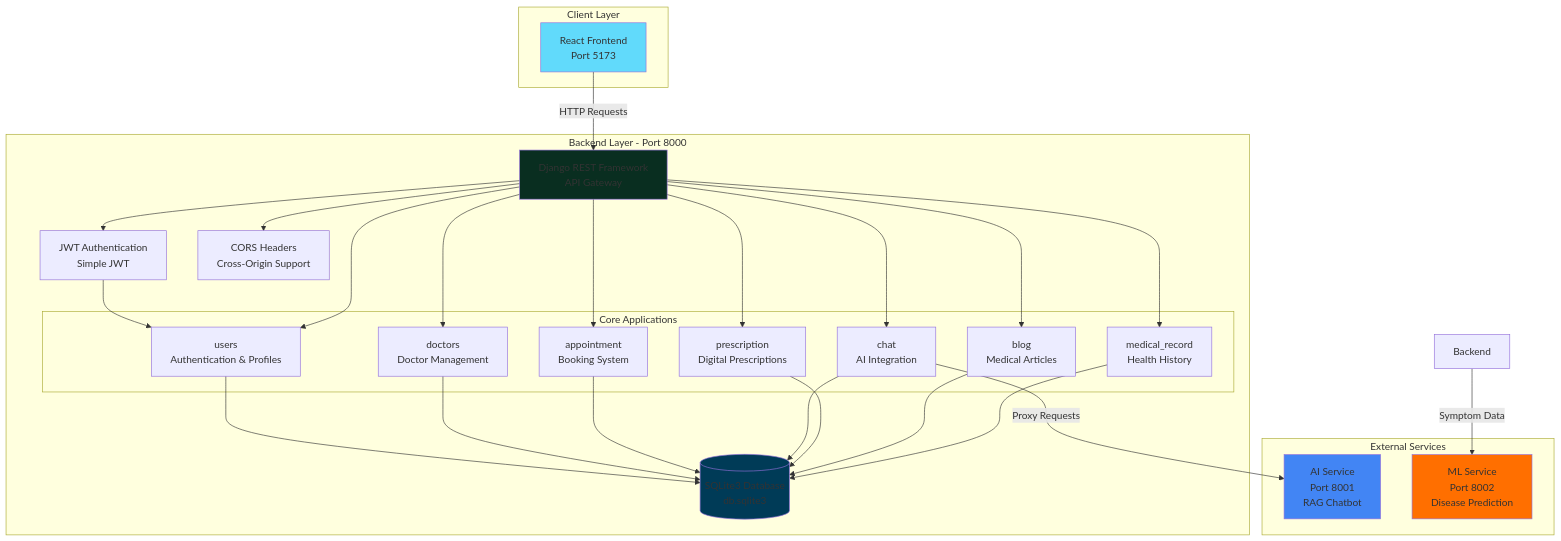
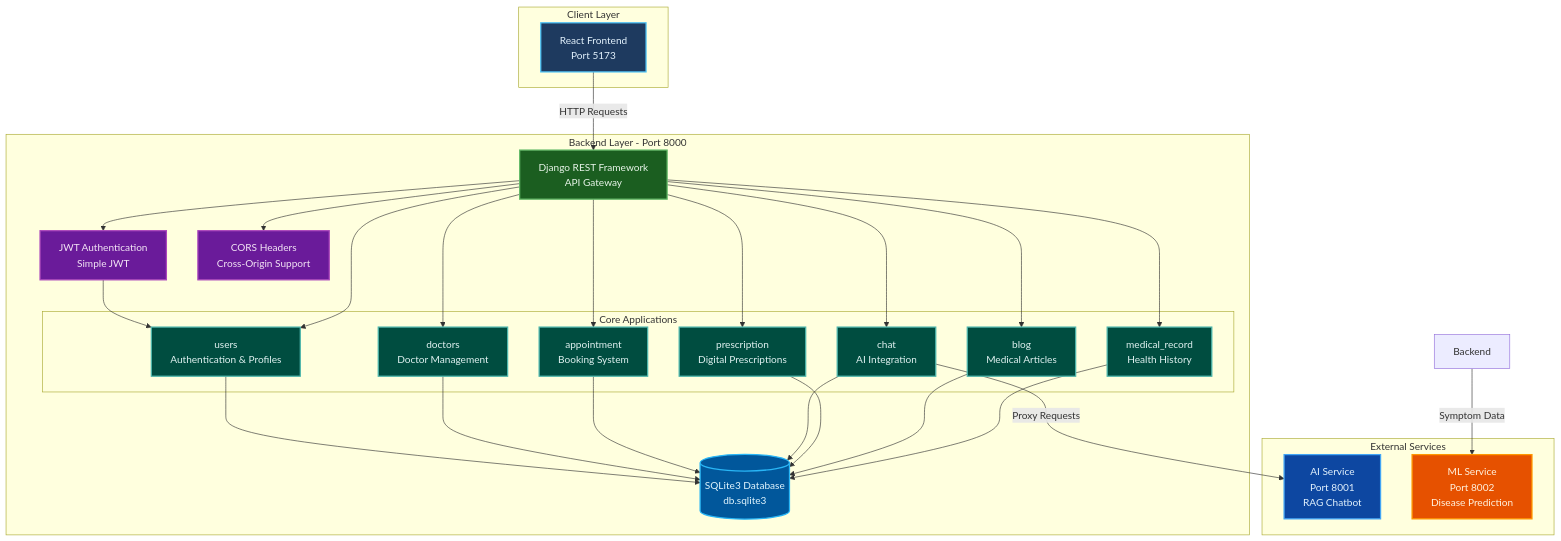
One commit to prantic-paul/SHS changed the diagram in backend/README.md. Above: the diagram before and after it, drawn with Mermaid. The commit also changed 2 other files, not shown here.

First paragraph of the commit message:
docs: Improve Mermaid diagram colors for better text visibility
🎨 Color Scheme Changes - Dark Containers with Light Text:

````diff
--- a/backend/README.md
+++ b/backend/README.md
@@ -37,60 +37,69 @@
 ```mermaid
 graph TB
     subgraph "Client Layer"
         Frontend[React Frontend<br/>Port 5173]
     end
     
     subgraph "Backend Layer - Port 8000"
         DRF[Django REST Framework<br/>API Gateway]
         
         subgraph "Core Applications"
             Users[users<br/>Authentication & Profiles]
             Doctors[doctors<br/>Doctor Management]
             Appointment[appointment<br/>Booking System]
             Chat[chat<br/>AI Integration]
             Prescription[prescription<br/>Digital Prescriptions]
             Blog[blog<br/>Medical Articles]
             MedRecord[medical_record<br/>Health History]
         end
         
         Auth[JWT Authentication<br/>Simple JWT]
         CORS[CORS Headers<br/>Cross-Origin Support]
         
         DB[(SQLite3 Database<br/>db.sqlite3)]
     end
     
     subgraph "External Services"
         AI[AI Service<br/>Port 8001<br/>RAG Chatbot]
         ML[ML Service<br/>Port 8002<br/>Disease Prediction]
     end
     
     Frontend -->|HTTP Requests| DRF
     DRF --> Auth
     Auth --> Users
     DRF --> CORS
     
     DRF --> Users
     DRF --> Doctors
     DRF --> Appointment
     DRF --> Chat
     DRF --> Prescription
     DRF --> Blog
     DRF --> MedRecord
     
     Users --> DB
     Doctors --> DB
     Appointment --> DB
     Chat --> DB
     Prescription --> DB
     Blog --> DB
     MedRecord --> DB
     
     Chat -->|Proxy Requests| AI
     Backend -->|Symptom Data| ML
     
-    style Frontend fill:#61dafb
-    style DRF fill:#092e20
-    style DB fill:#003b57
-    style AI fill:#4285f4
-    style ML fill:#ff6f00
+    style Frontend fill:#1e3a5f,stroke:#4fc3f7,stroke-width:2px,color:#e3f2fd
+    style DRF fill:#1b5e20,stroke:#66bb6a,stroke-width:2px,color:#e8f5e9
+    style Users fill:#004d40,stroke:#4db6ac,stroke-width:2px,color:#e0f2f1
+    style Doctors fill:#004d40,stroke:#4db6ac,stroke-width:2px,color:#e0f2f1
+    style Appointment fill:#004d40,stroke:#4db6ac,stroke-width:2px,color:#e0f2f1
+    style Chat fill:#004d40,stroke:#4db6ac,stroke-width:2px,color:#e0f2f1
+    style Prescription fill:#004d40,stroke:#4db6ac,stroke-width:2px,color:#e0f2f1
+    style Blog fill:#004d40,stroke:#4db6ac,stroke-width:2px,color:#e0f2f1
+    style MedRecord fill:#004d40,stroke:#4db6ac,stroke-width:2px,color:#e0f2f1
+    style Auth fill:#6a1b9a,stroke:#ab47bc,stroke-width:2px,color:#f3e5f5
+    style CORS fill:#6a1b9a,stroke:#ab47bc,stroke-width:2px,color:#f3e5f5
+    style DB fill:#01579b,stroke:#29b6f6,stroke-width:2px,color:#e1f5fe
+    style AI fill:#0d47a1,stroke:#42a5f5,stroke-width:2px,color:#e3f2fd
+    style ML fill:#e65100,stroke:#ff9800,stroke-width:2px,color:#fff3e0
 ```
````
